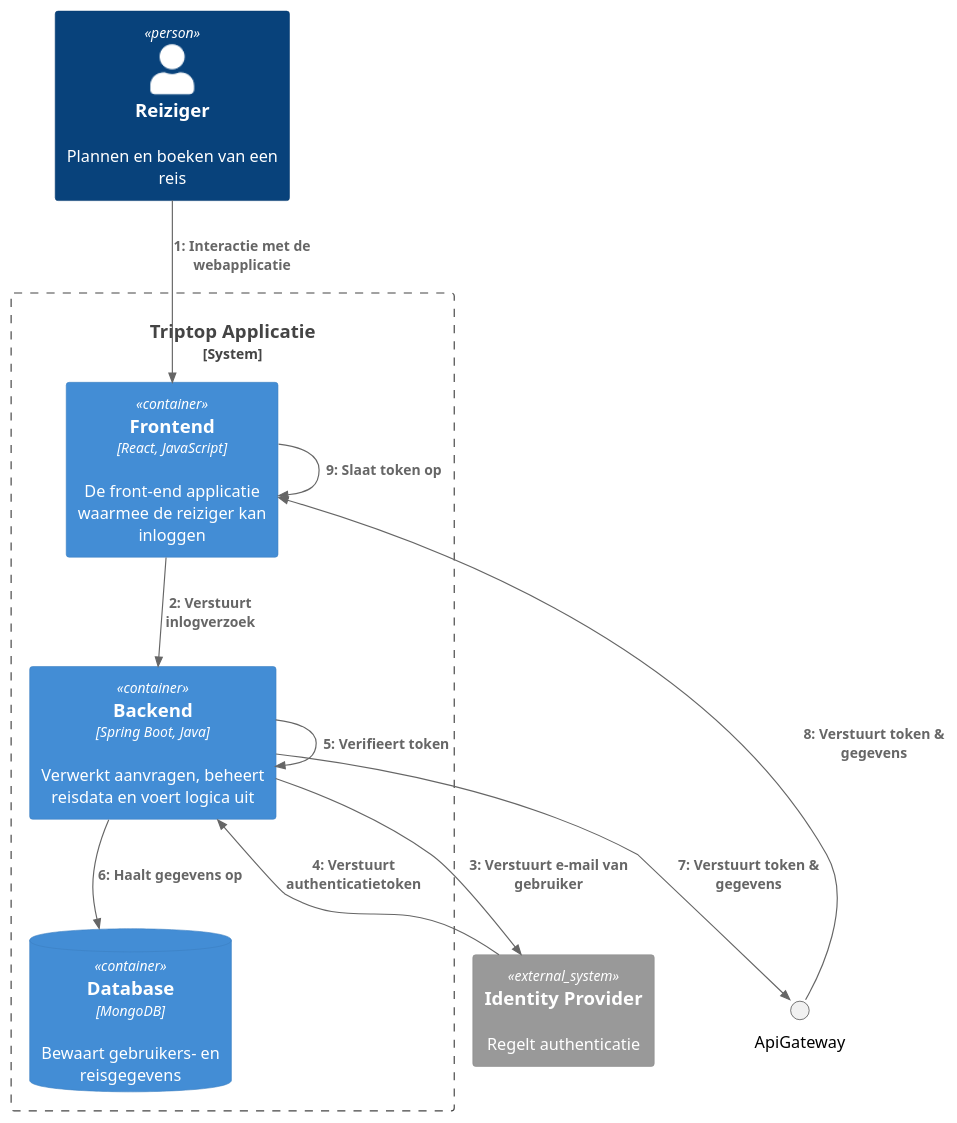
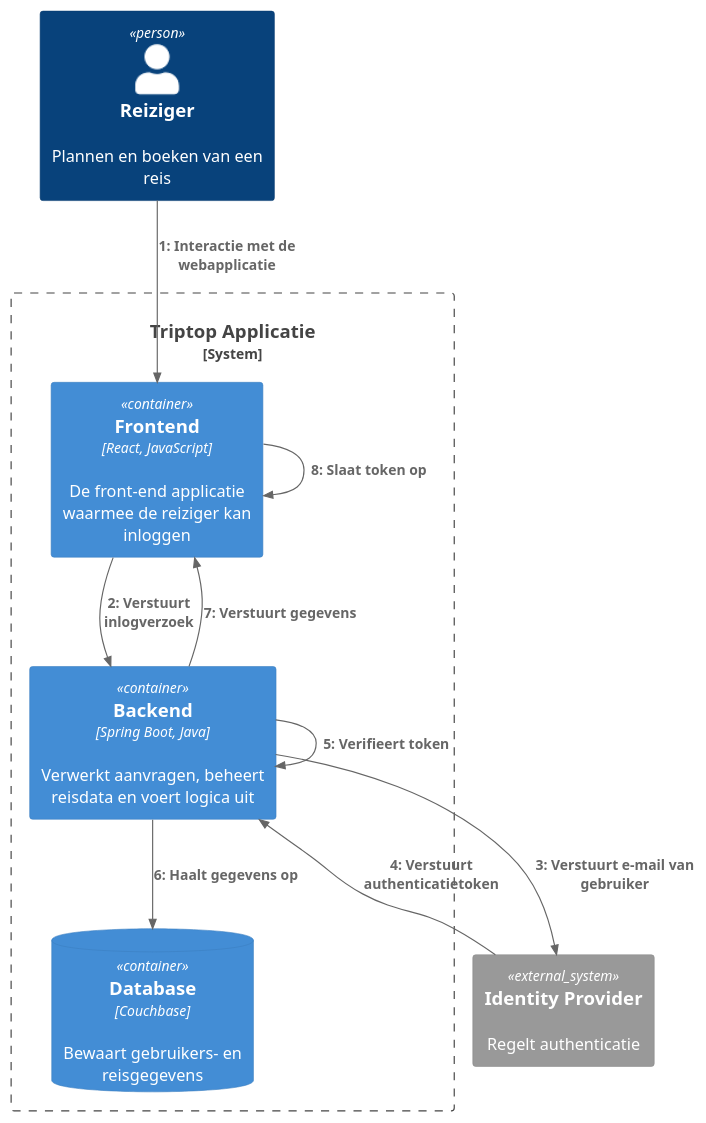
Before and after one commit to AIM-ENE-feb25/triptop-groep-3: the diagram in opdracht-diagrammen/C4 Container/Dynamic/C4 Container dynamic diagram Inloggen - Cas.puml, drawn with PlantUML. The commit also changed 6 other files, not shown here.

```diff
--- a/opdracht-diagrammen/C4 Container/Dynamic/C4 Container dynamic diagram Inloggen - Cas.puml
+++ b/opdracht-diagrammen/C4 Container/Dynamic/C4 Container dynamic diagram Inloggen - Cas.puml
@@ -1,31 +1,31 @@
 @startuml
 !include https://raw.githubusercontent.com/plantuml-stdlib/C4-PlantUML/master/C4_Dynamic.puml
 
 LAYOUT_TOP_DOWN()
 
 Person(Traveler, "Reiziger", "Plannen en boeken van een reis")
 
 System_Boundary(s1, "Triptop Applicatie") {
     Container(Frontend, "Frontend", "React, JavaScript", "De front-end applicatie waarmee de reiziger kan inloggen")
     Container(Backend, "Backend", "Spring Boot, Java", "Verwerkt aanvragen, beheert reisdata en voert logica uit")
-    ContainerDb(Database, Database, MongoDB, Bewaart gebruikers- en reisgegevens)
+    ContainerDb(Database, Database, Couchbase, Bewaart gebruikers- en reisgegevens)
 }
 
 System_Ext(IdentityProvider, "Identity Provider", "Regelt authenticatie")
 
 Rel(Traveler, Frontend, "Interactie met de webapplicatie")
 
 Rel(Frontend, Backend, "Verstuurt inlogverzoek")
 
 Rel(Backend, IdentityProvider, Verstuurt e-mail van gebruiker)
 Rel(IdentityProvider, Backend, "Verstuurt authenticatietoken")
 Rel(Backend, Backend, Verifieert token)
 
 Rel(Backend, Database, "Haalt gegevens op")
 
-Rel(Backend, ApiGateway, Verstuurt token & gegevens)
-Rel(ApiGateway, Frontend, Verstuurt token & gegevens)
+Rel(Backend, Frontend, Verstuurt gegevens)
+
 Rel(Frontend, Frontend, Slaat token op)
 
 
 @enduml
```
